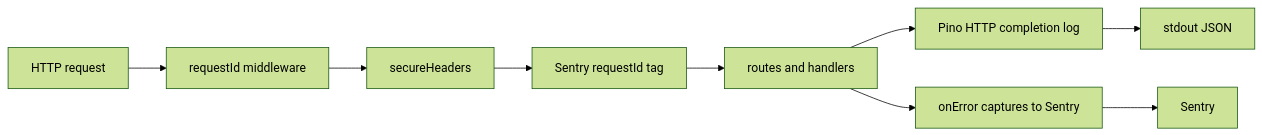
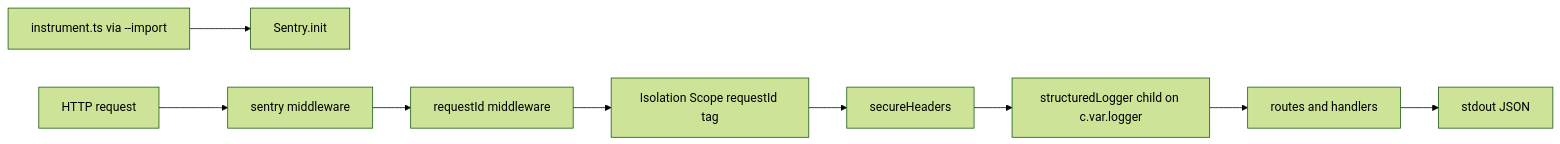
The diagram in docs/logs/20260801235416-r0-api-observability/r0-api-observability-design.md (matsuokashuhei/walk-dog), drawn with Mermaid (forest theme) before and after one commit. The commit also changed other lines of this file and 11 other files, not shown here.

````diff
--- a/docs/logs/20260801235416-r0-api-observability/r0-api-observability-design.md
+++ b/docs/logs/20260801235416-r0-api-observability/r0-api-observability-design.md
@@ -18,11 +18,11 @@
 ```mermaid
 flowchart LR
-  req[HTTP request] --> rid[requestId middleware]
-  rid --> sec[secureHeaders]
-  sec --> sentryCtx[Sentry requestId tag]
-  sentryCtx --> routes[routes and handlers]
-  routes --> log[Pino HTTP completion log]
-  routes --> err[onError captures to Sentry]
-  log --> stdout[stdout JSON]
-  err --> sentry[Sentry]
+  instrument[instrument.ts via --import] --> init[Sentry.init]
+  req[HTTP request] --> sentryMw[sentry middleware]
+  sentryMw --> rid[requestId middleware]
+  rid --> tag[Isolation Scope requestId tag]
+  tag --> sec[secureHeaders]
+  sec --> slog[structuredLogger child on c.var.logger]
+  slog --> routes[routes and handlers]
+  routes --> stdout[stdout JSON]
 ```
````
